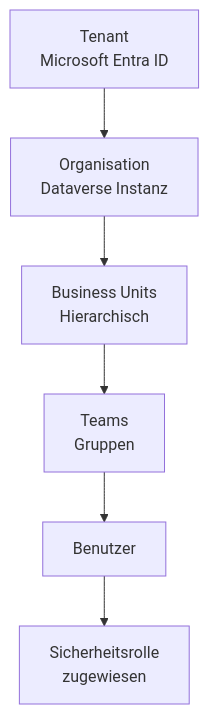
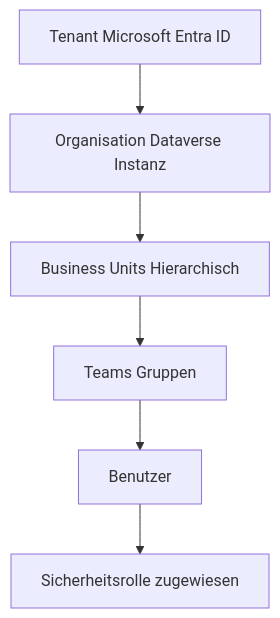
One commit to SoniiiT/notes-n-docs changed the third of 6 diagrams in Microsoft 365/Dynamics 365/Dynamics 365 Administration.md. Above: the diagram before and after it, drawn with Mermaid. The commit also changed other lines of this file and 124 other files, not shown here.

First line of the commit message:
fix: Entferne \n aus allen Mermaid-Diagrammen (125 Dateien)

````diff
--- a/Microsoft 365/Dynamics 365/Dynamics 365 Administration.md
+++ b/Microsoft 365/Dynamics 365/Dynamics 365 Administration.md
@@ -264,8 +264,8 @@
 ```mermaid
 graph TD
-    TENANT[Tenant\nMicrosoft Entra ID] --> ORG[Organisation\nDataverse Instanz]
-    ORG --> BU[Business Units\nHierarchisch]
-    BU --> TEAM[Teams\nGruppen]
+    TENANT[Tenant Microsoft Entra ID] --> ORG[Organisation Dataverse Instanz]
+    ORG --> BU[Business Units Hierarchisch]
+    BU --> TEAM[Teams Gruppen]
     TEAM --> USER[Benutzer]
-    USER --> ROLE[Sicherheitsrolle\nzugewiesen]
+    USER --> ROLE[Sicherheitsrolle zugewiesen]
 ```
````
